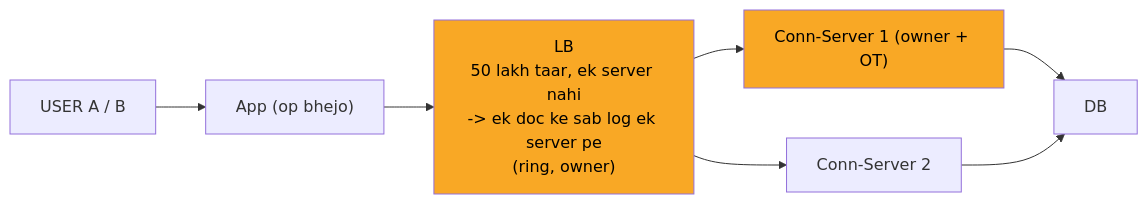
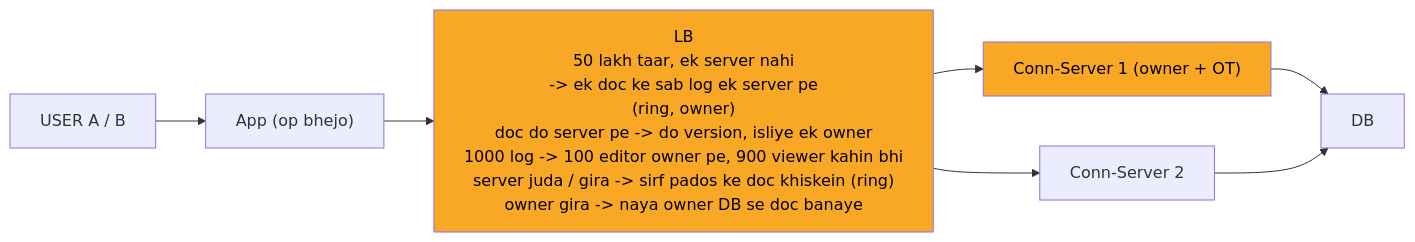
One commit to ArpanMaheshwari144/Prep changed the fifth of 10 diagrams in 04_HLD/SYSTEM_DESIGNS/11_google_docs_collab/11_google_docs_collab.md. Above: the diagram before and after it, drawn with Mermaid. The commit also changed other lines of this file and 12 other files, not shown here.

Commit message:
hld 02-14: peele dabbe me SAFAR ke mod + diagram chauda (wrappingWidth 450)

````diff
--- a/04_HLD/SYSTEM_DESIGNS/11_google_docs_collab/11_google_docs_collab.md
+++ b/04_HLD/SYSTEM_DESIGNS/11_google_docs_collab/11_google_docs_collab.md
@@ -172,17 +176,18 @@
 ```mermaid
+%%{init: {"flowchart": {"wrappingWidth": 450}}}%%
 flowchart LR
     n_USER["USER A / B"]
     n_App["App (op bhejo)"]
-    n_LB["LB<br/>50 lakh taar, ek server nahi<br/>-> ek doc ke sab log ek server pe<br/>(ring, owner)"]
+    n_LB["LB<br/>50 lakh taar, ek server nahi<br/>-> ek doc ke sab log ek server pe<br/>(ring, owner)<br/>doc do server pe -> do version, isliye ek owner<br/>1000 log -> 100 editor owner pe, 900 viewer kahin bhi<br/>server juda / gira -> sirf pados ke doc khiskein (ring)<br/>owner gira -> naya owner DB se doc banaye"]
     n_CS1["Conn-Server 1 (owner + OT)"]
     n_CS2["Conn-Server 2"]
     n_DB["DB"]
     n_USER --> n_App
     n_App --> n_LB
     n_LB --> n_CS1
     n_LB --> n_CS2
     n_CS1 --> n_DB
     n_CS2 --> n_DB
     style n_LB fill:#f9a825,color:#000
     style n_CS1 fill:#f9a825,color:#000
 ```
````
